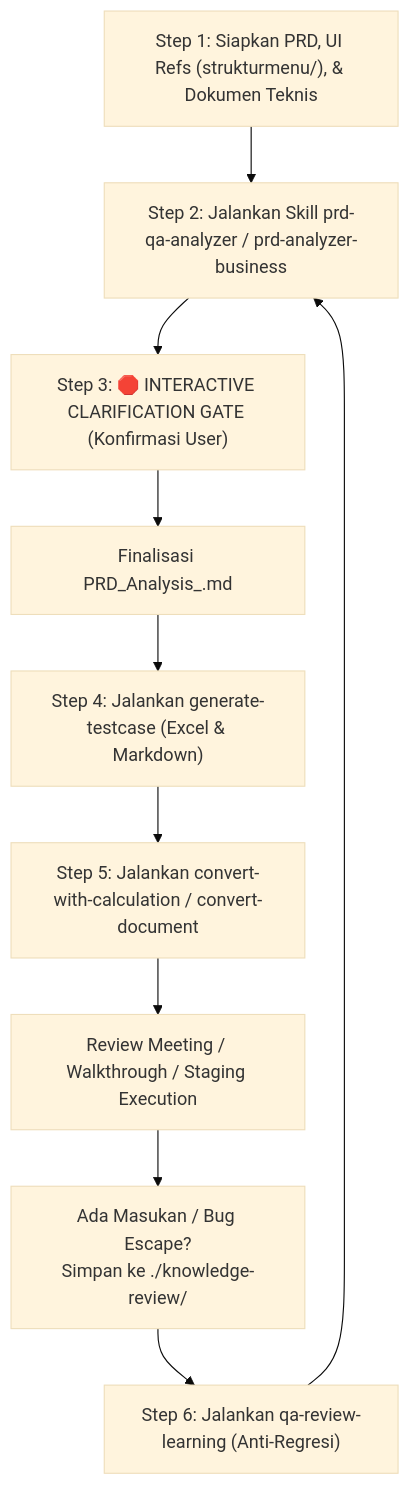
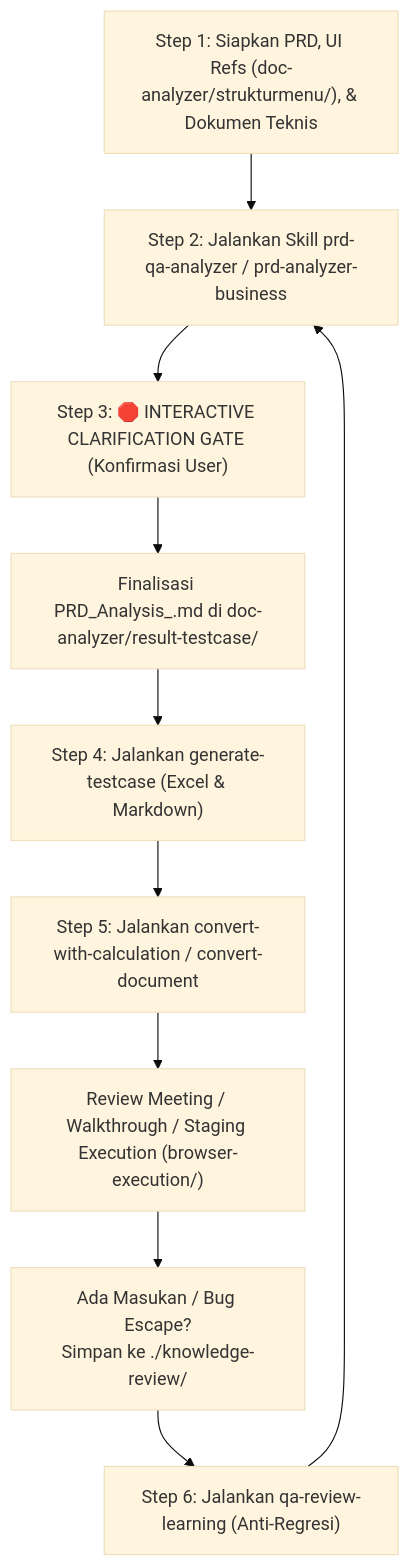
One commit to fadlyady/prdanalyzer changed the diagram in README.md. Above: the diagram before and after it, drawn with Mermaid (base theme). The commit also changed other lines of this file and 24 other files, not shown here.

````diff
--- a/README.md
+++ b/README.md
@@ -92,12 +98,12 @@
 ```mermaid
 graph TD
-    A["Step 1: Siapkan PRD, UI Refs (strukturmenu/), & Dokumen Teknis"] --> B["Step 2: Jalankan Skill prd-qa-analyzer / prd-analyzer-business"]
+    A["Step 1: Siapkan PRD, UI Refs (doc-analyzer/strukturmenu/), & Dokumen Teknis"] --> B["Step 2: Jalankan Skill prd-qa-analyzer / prd-analyzer-business"]
     B --> C["Step 3: 🛑 INTERACTIVE CLARIFICATION GATE (Konfirmasi User)"]
-    C --> D["Finalisasi PRD_Analysis_<Feature>.md"]
+    C --> D["Finalisasi PRD_Analysis_<Feature>.md di doc-analyzer/result-testcase/"]
     D --> E["Step 4: Jalankan generate-testcase (Excel & Markdown)"]
     E --> F["Step 5: Jalankan convert-with-calculation / convert-document"]
-    F --> G["Review Meeting / Walkthrough / Staging Execution"]
+    F --> G["Review Meeting / Walkthrough / Staging Execution (browser-execution/)"]
     G --> H["Ada Masukan / Bug Escape?<br/>Simpan ke ./knowledge-review/"]
     H --> I["Step 6: Jalankan qa-review-learning (Anti-Regresi)"]
     I --> B
 ```
````
